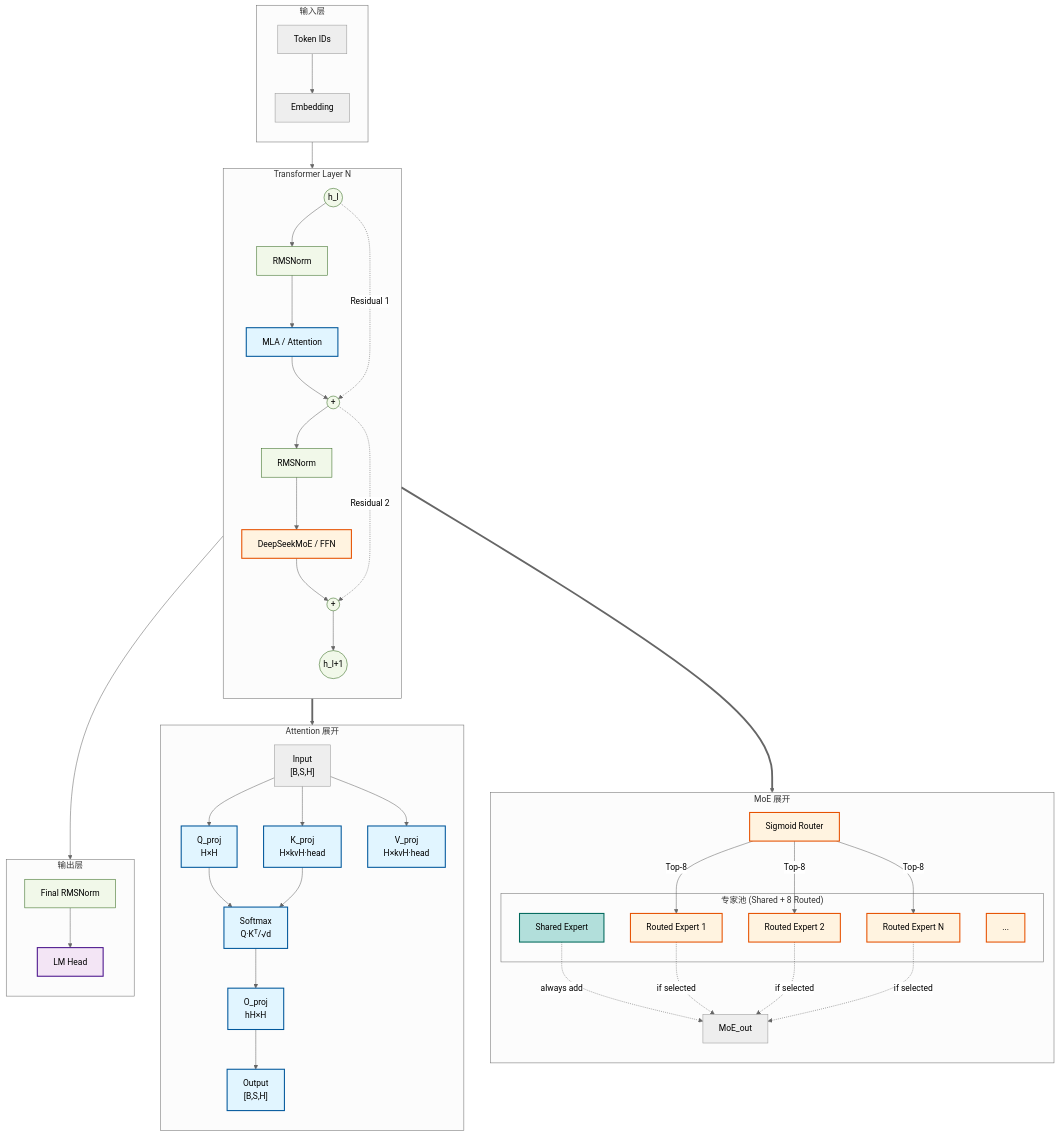
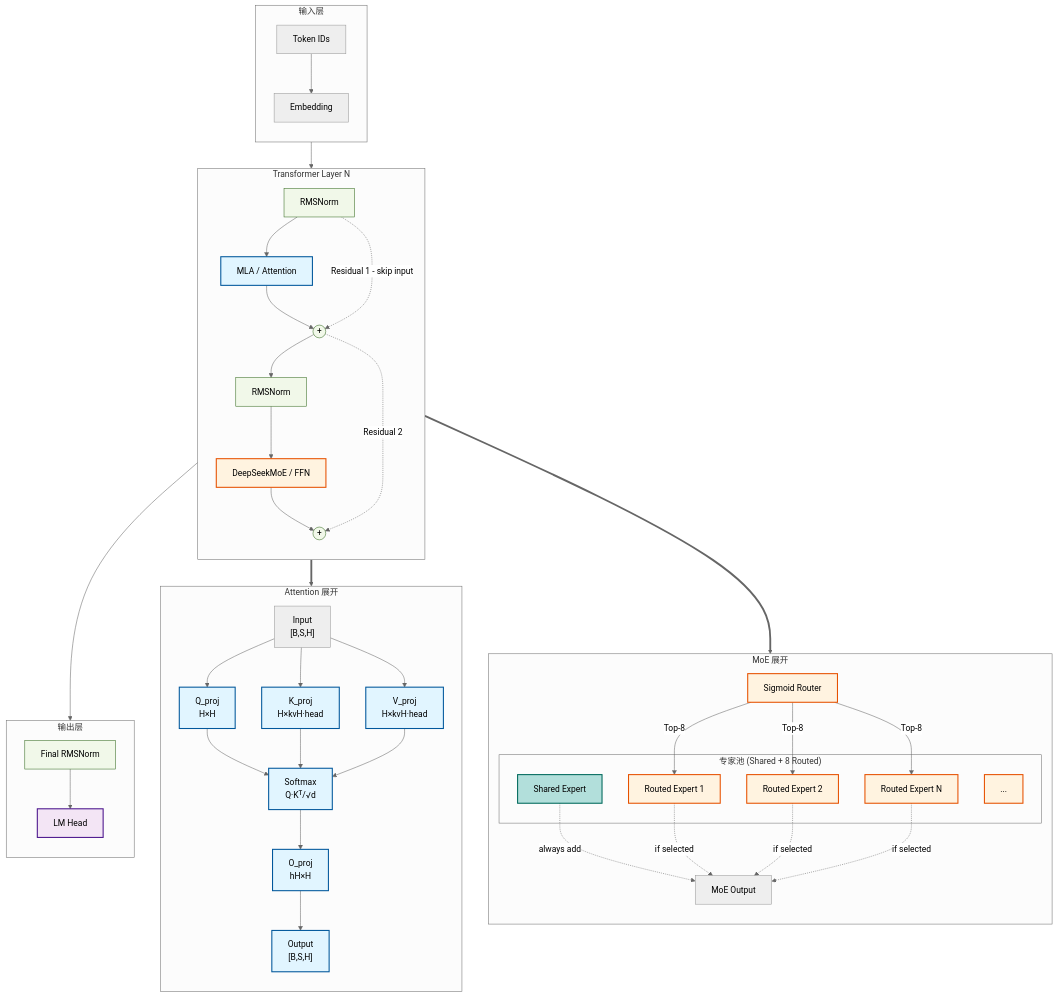
Before and after one commit to kevinoldching/agent-skills: the first of 2 diagrams in llm_arch_generator/SKILL.md, drawn with Mermaid (neutral theme). The commit also changed other lines of this file and 6 other files, not shown here.

````diff
--- a/llm_arch_generator/SKILL.md
+++ b/llm_arch_generator/SKILL.md
@@ -151,32 +199,31 @@
     classDef input_stage fill:#f3e5f5,stroke:#4a148c,stroke-width:2px;
     classDef output_stage fill:#f3e5f5,stroke:#4a148c,stroke-width:2px;
 
-    %% === 输入层 (Level 1) ===
+    %% === 输入层 ===
     subgraph Input_Stage ["输入层"]
         direction TB
         Tokens["Token IDs"] --> Embed["Embedding"]
     end
 
-    %% === Layer N 结构 (Level 1) ===
+    %% === Transformer Layer ===
     subgraph Transformer_Layer ["Transformer Layer N"]
         direction TB
 
-        layer_in((h_l)):::norm --> ln1["RMSNorm"]:::norm
-        ln1 --> attn_module["MLA / Attention"]:::attention
+        ln1["RMSNorm"]:::norm --> attn_module["MLA / Attention"]:::attention
 
         attn_module --> add1((+)):::norm
-        layer_in -.-> |Residual 1| add1
+        %% Residual 1：来自输入
+        ln1 -.-> |Residual 1 - skip input| add1
 
         add1 --> ln2["RMSNorm"]:::norm
         ln2 --> moe_module["DeepSeekMoE / FFN"]:::moe
 
         moe_module --> add2((+)):::norm
+        %% Residual 2：来自 attention 输出
         add1 -.-> |Residual 2| add2
-
-        add2 --> layer_out((h_l+1)):::norm
     end
 
-    %% === MoE 展开 (Level 2) ===
+    %% === MoE 展开 ===
     subgraph MoE_Detail ["MoE 展开"]
         direction TB
 
@@ -193,12 +240,13 @@
         router --> |Top-8| routed_1
         router --> |Top-8| routed_2
         router --> |Top-8| routed_n
-        shared -.-> |always add| MoE_out
+        shared -.-> |always add| MoE_out["MoE Output"]
         routed_1 -.-> |if selected| MoE_out
         routed_2 -.-> |if selected| MoE_out
         routed_n -.-> |if selected| MoE_out
     end
 
+    %% === Attention 展开 ===
     subgraph Attention_Detail ["Attention 展开"]
         direction TB
 
@@ -208,6 +256,7 @@
 
         q_proj --> softmax["Softmax<br/>Q·Kᵀ/√d"]:::attention
         k_proj --> softmax
+        v_proj --> softmax
 
         softmax --> o_proj["O_proj<br/>hH×H"]:::attention
         o_proj --> attn_out["Output<br/>[B,S,H]"]:::attention
@@ -221,11 +270,11 @@
     end
 
     %% === 全局连接 ===
-    Embed --> layer_in
-    layer_out --> final_norm
+    Embed --> ln1
+    add2 --> final_norm
     final_norm --> Head
 
-    %% === 展开关系 (Level 1 ==> Level 2) ===
+    %% === 展开关系 ===
     moe_module ==> router
     attn_module ==> attn_in
 ```
````
